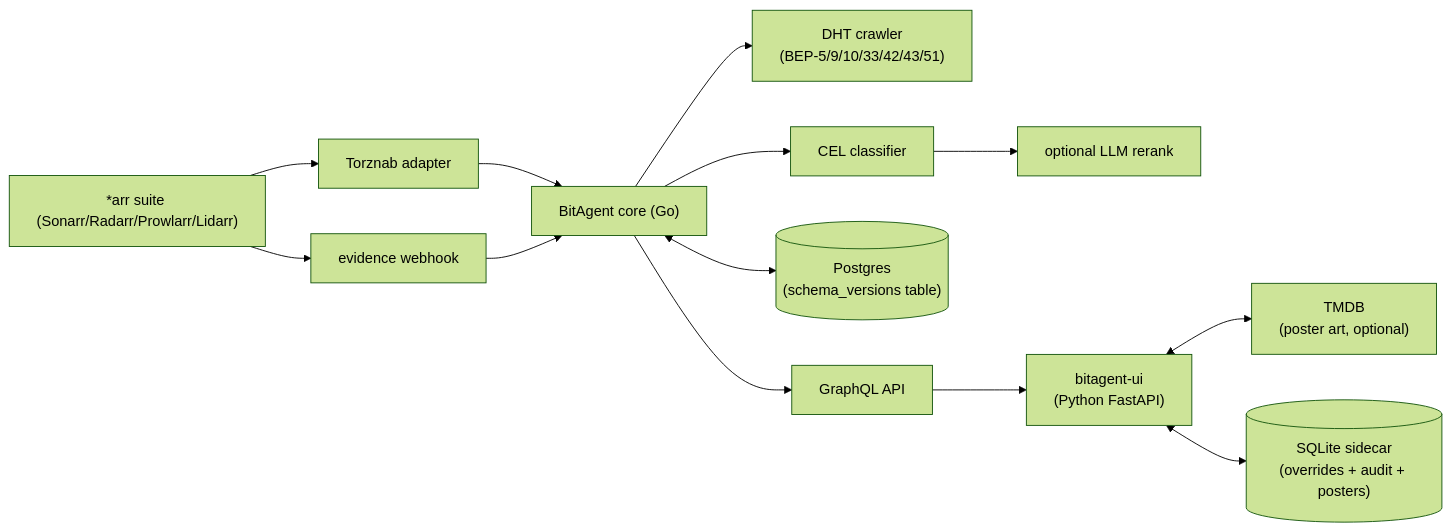
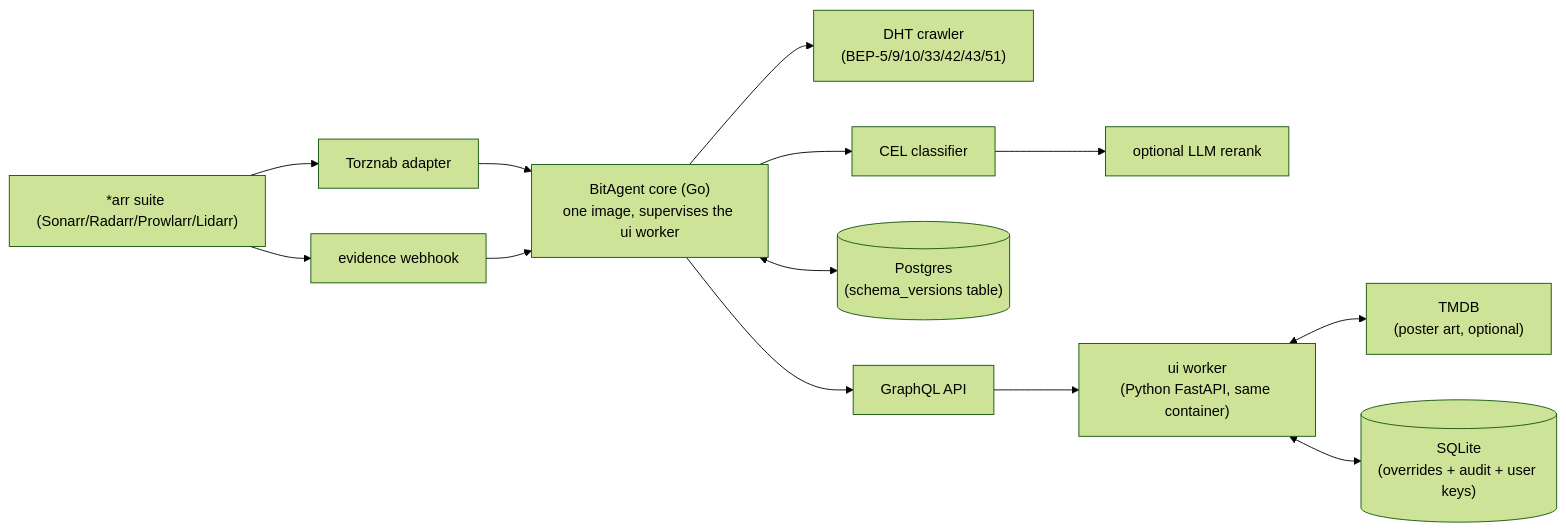
Before and after one commit to spencercnorton/bitagent: the diagram in docs/concepts/architecture.md, drawn with Mermaid (forest theme). The commit also changed other lines of this file and 87 other files, not shown here.

````diff
--- a/docs/concepts/architecture.md
+++ b/docs/concepts/architecture.md
@@ -17,28 +17,28 @@
 ```mermaid
 flowchart LR
   Clients["*arr suite (Sonarr/Radarr/Prowlarr/Lidarr)"]
   Torznab["Torznab adapter"]
-  Core["BitAgent core (Go)"]
+  Core["BitAgent core (Go)<br/>one image, supervises the ui worker"]
   DHT["DHT crawler<br/>(BEP-5/9/10/33/42/43/51)"]
   CEL["CEL classifier"]
   LLM["optional LLM rerank"]
   PG[("Postgres<br/>(schema_versions table)")]
   GQL["GraphQL API"]
-  UI["bitagent-ui<br/>(Python FastAPI)"]
+  UI["ui worker<br/>(Python FastAPI, same container)"]
   Webhook["evidence webhook"]
   TMDB["TMDB<br/>(poster art, optional)"]
-  SQL[("SQLite sidecar<br/>(overrides + audit + posters)")]
+  SQL[("SQLite<br/>(overrides + audit + user keys)")]
 
   Clients --> Torznab
   Torznab --> Core
   Core --> DHT
   Core --> CEL
   CEL --> LLM
   Core <--> PG
   Core --> GQL
   GQL --> UI
   Clients --> Webhook
   Webhook --> Core
   UI <--> TMDB
   UI <--> SQL
 ```
````
